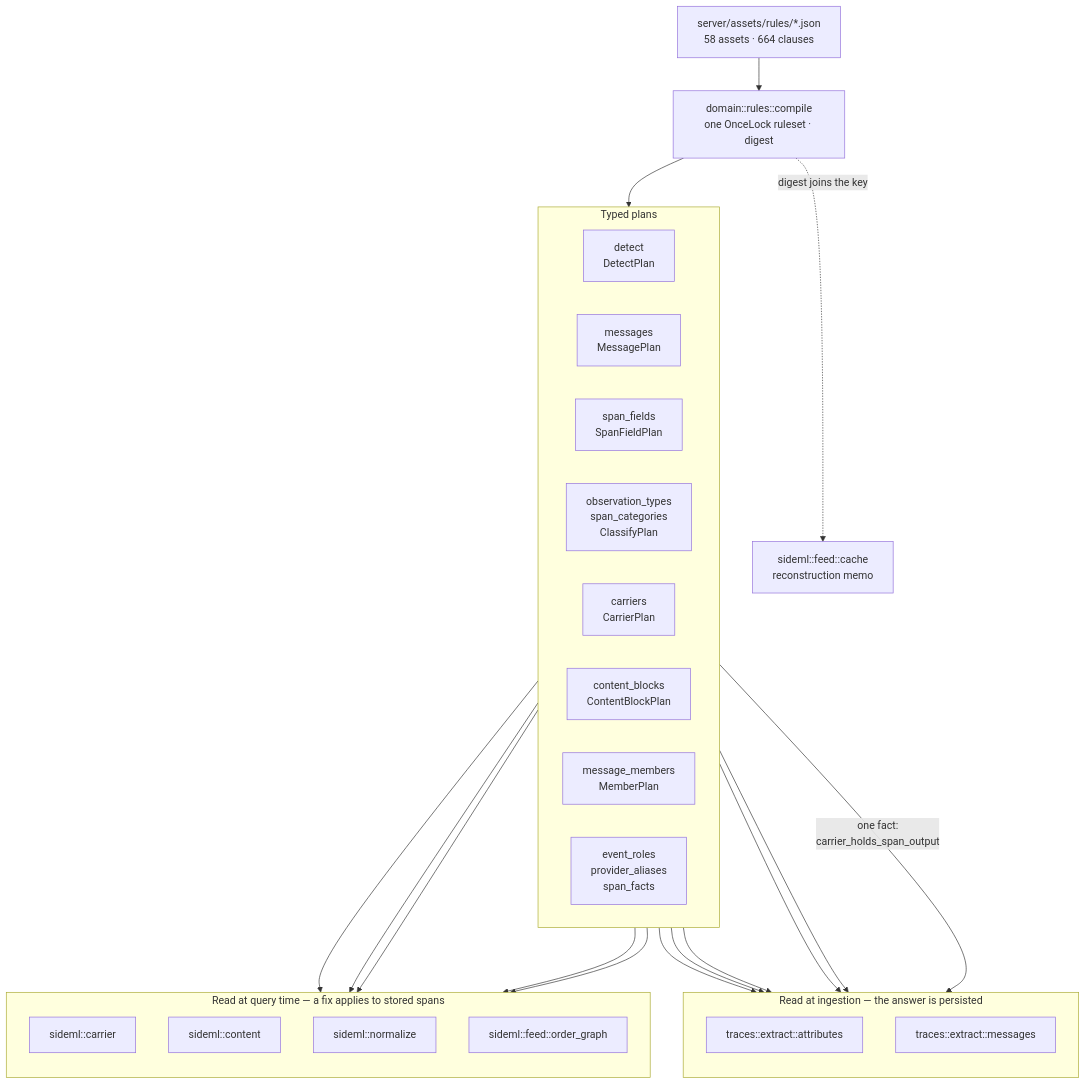
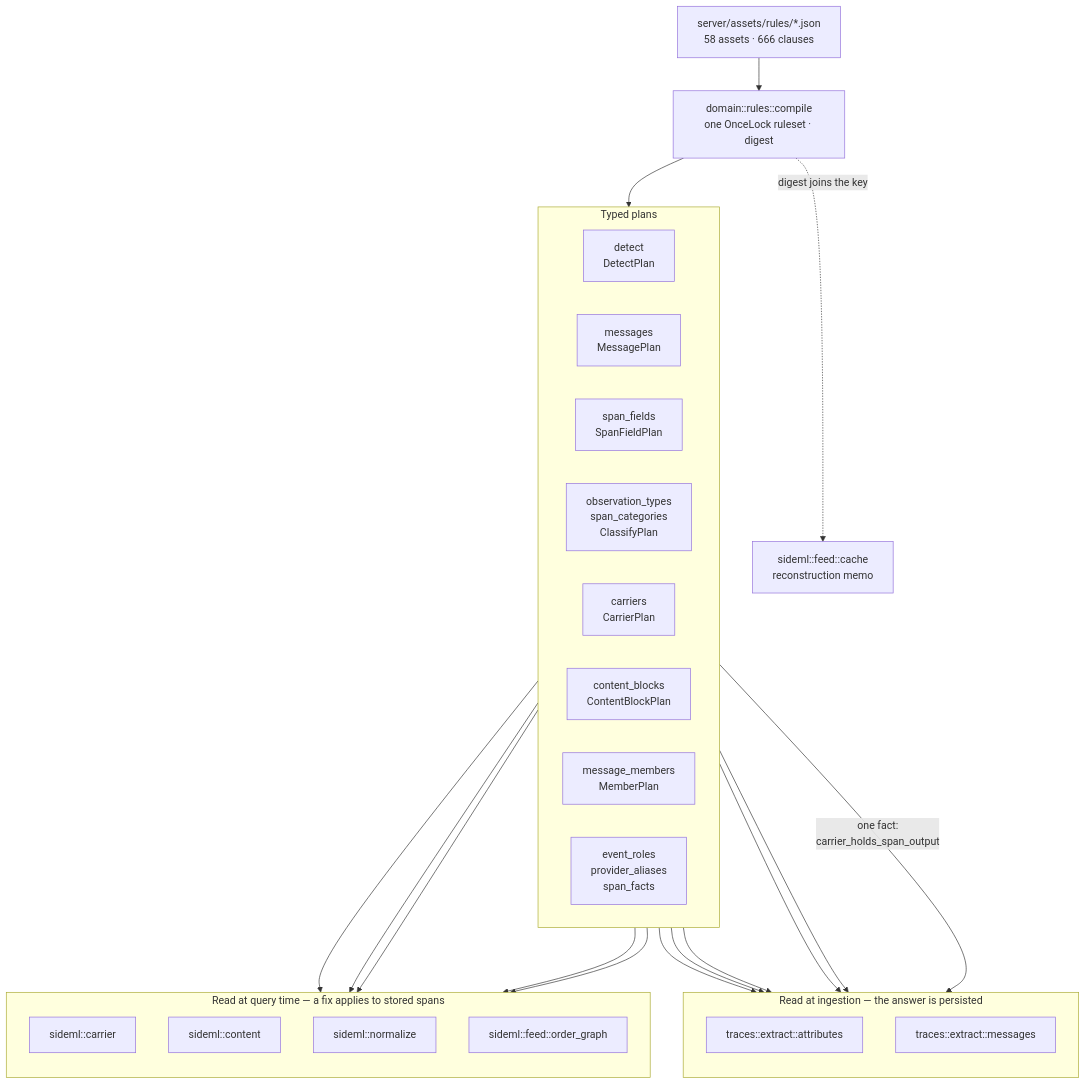
Before and after one commit to sideseat/sideseat: the first of 7 diagrams in docs/engineering/architecture-diagrams.md, drawn with Mermaid. The commit also changed 26 other files, not shown here.

````diff
--- a/docs/engineering/architecture-diagrams.md
+++ b/docs/engineering/architecture-diagrams.md
@@ -18,47 +18,47 @@
 ```mermaid
 flowchart TB
-    assets["server/assets/rules/*.json<br/>58 assets · 664 clauses"]
+    assets["server/assets/rules/*.json<br/>58 assets · 666 clauses"]
     compile["domain::rules::compile<br/>one OnceLock ruleset · digest"]
     assets --> compile
 
     subgraph plans["Typed plans"]
         direction LR
         detect["detect<br/>DetectPlan"]
         messages["messages<br/>MessagePlan"]
         fields["span_fields<br/>SpanFieldPlan"]
         classify["observation_types<br/>span_categories<br/>ClassifyPlan"]
         carriers["carriers<br/>CarrierPlan"]
         blocks["content_blocks<br/>ContentBlockPlan"]
         members["message_members<br/>MemberPlan"]
         roles["event_roles<br/>provider_aliases<br/>span_facts"]
     end
     compile --> plans
 
     subgraph ingest["Read at ingestion — the answer is persisted"]
         direction TB
         attrs["traces::extract::attributes"]
         msgs["traces::extract::messages"]
     end
 
     subgraph query["Read at query time — a fix applies to stored spans"]
         direction TB
         carrier["sideml::carrier"]
         content["sideml::content"]
         normalize["sideml::normalize"]
         order["sideml::feed::order_graph"]
     end
 
     detect --> attrs
     fields --> attrs
     classify --> attrs
     roles --> attrs
     messages --> msgs
     carriers -->|"one fact:<br/>carrier_holds_span_output"| msgs
     carriers --> carrier
     carriers --> order
     blocks --> content
     members --> content
     roles --> normalize
 
     compile -. "digest joins the key" .-> cache["sideml::feed::cache<br/>reconstruction memo"]
 ```
````
